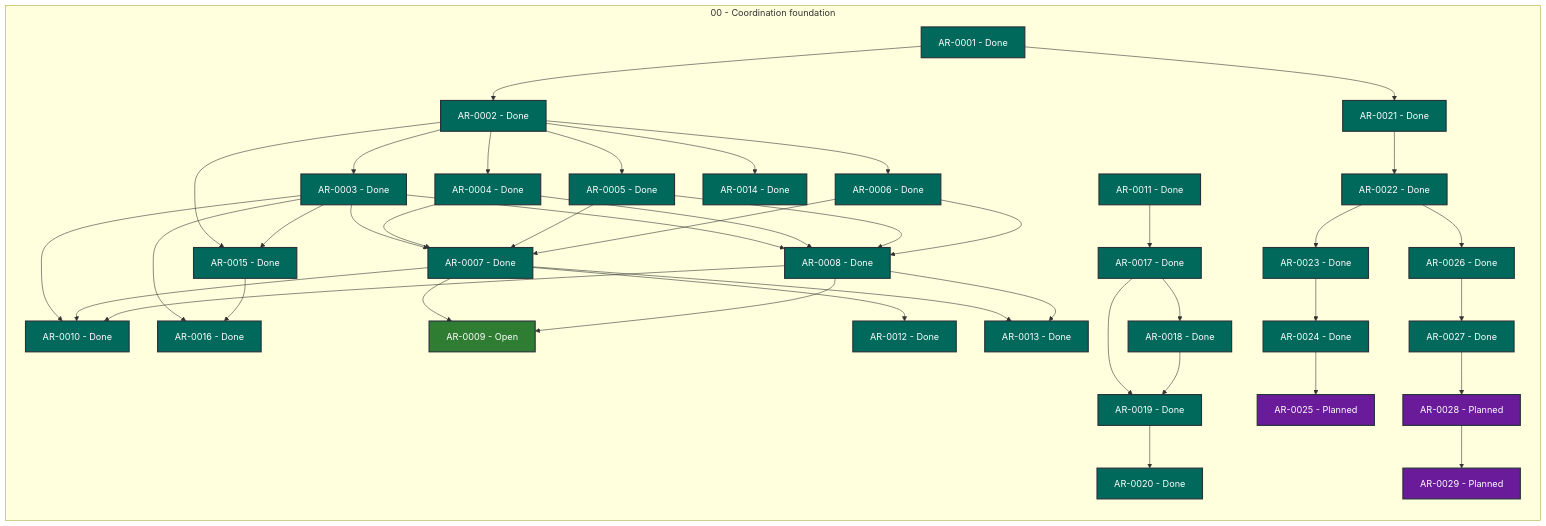
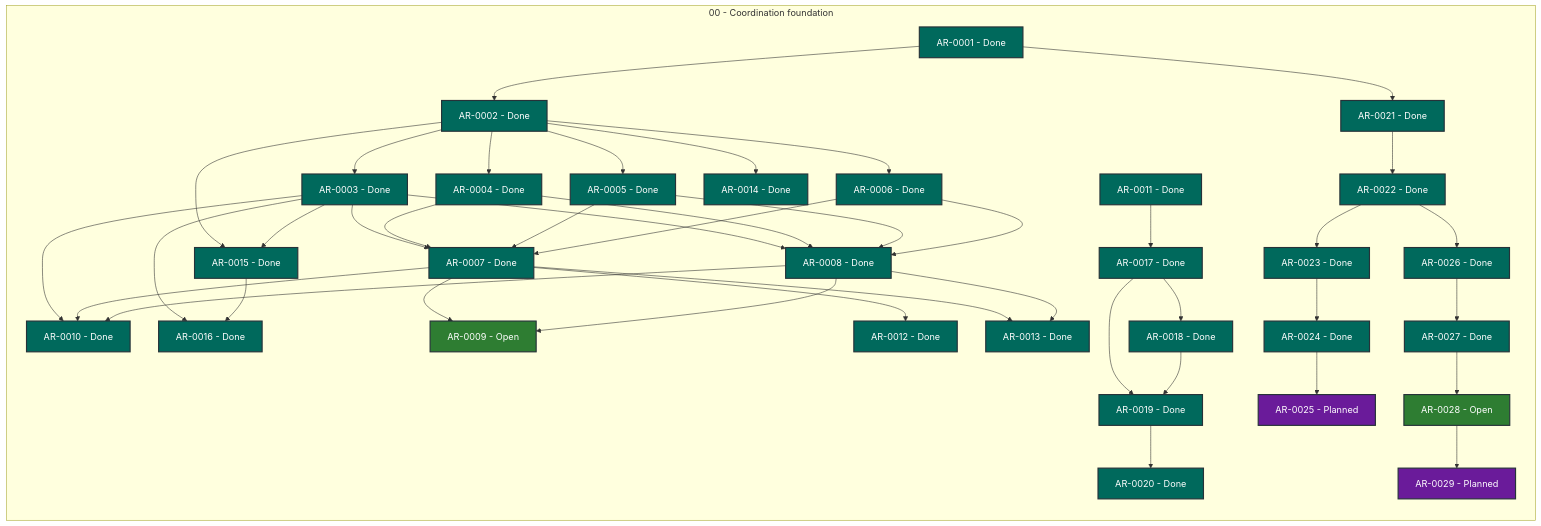
One commit to martin-beck/agent-workflow-coordinator-state changed the diagram in STATUS.md. Above: the diagram before and after it, drawn with Mermaid. The commit also changed other lines of this file and 2 other files, not shown here.

```diff
--- a/STATUS.md
+++ b/STATUS.md
@@ -55,7 +55,7 @@
         AR_0025["AR-0025 - Planned"]:::status_planned
         AR_0026["AR-0026 - Done"]:::status_done
         AR_0027["AR-0027 - Done"]:::status_done
-        AR_0028["AR-0028 - Planned"]:::status_planned
+        AR_0028["AR-0028 - Open"]:::status_open
         AR_0029["AR-0029 - Planned"]:::status_planned
     end
     AR_0001 --> AR_0002
```
